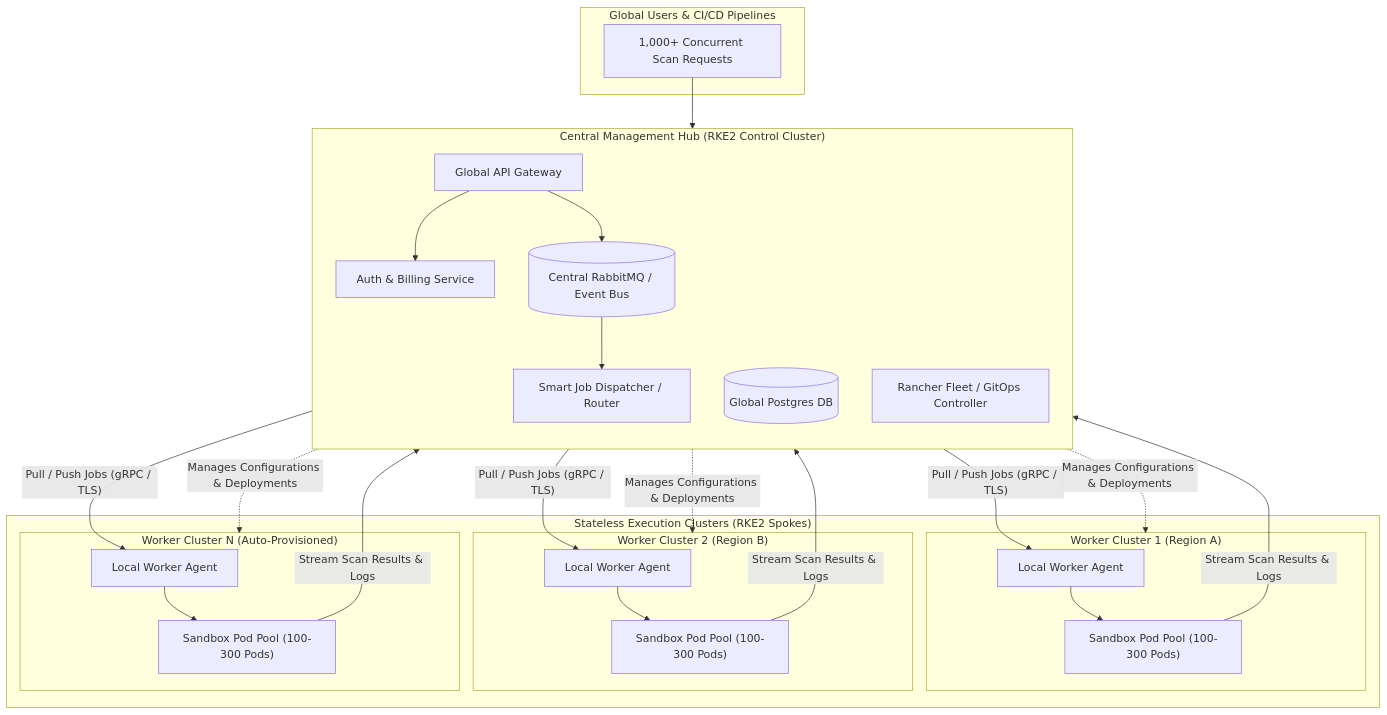
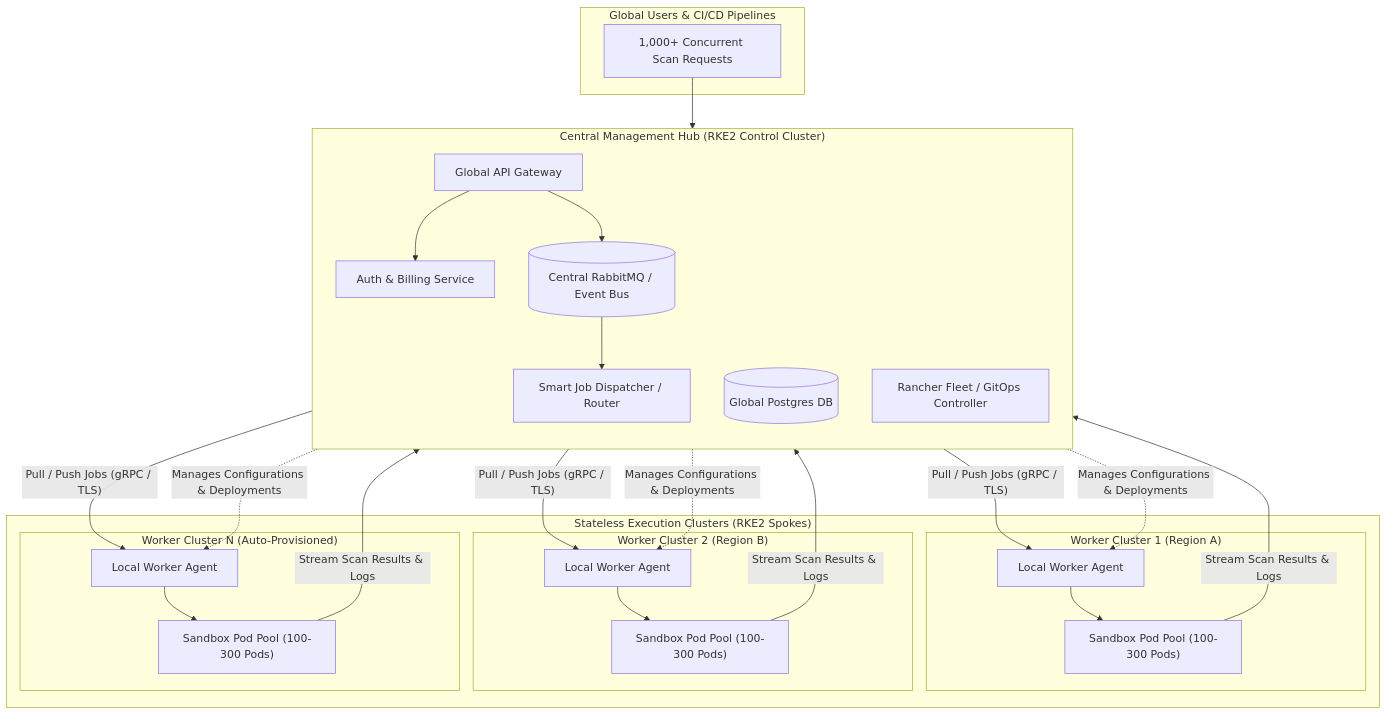
The second of 3 diagrams in docs/multi-cluster.md (01cloud/01-Sandbox), drawn with Mermaid before and after one commit. The commit also changed other lines of this file, not shown here.

Commit message:
fix(docs): fix Mermaid diagram syntax in multi-cluster.md

````diff
--- a/docs/multi-cluster.md
+++ b/docs/multi-cluster.md
@@ -116,54 +121,54 @@
 ```mermaid
 flowchart TD
     subgraph Clients["Global Users & CI/CD Pipelines"]
         Users["1,000+ Concurrent Scan Requests"]
     end
 
-    subgraph Hub ["Central Management Hub (RKE2 Control Cluster)"]
+    subgraph Hub["Central Management Hub (RKE2 Control Cluster)"]
         direction TB
         APIGW["Global API Gateway"]
         Auth["Auth & Billing Service"]
         CentralMQ[("Central RabbitMQ / Event Bus")]
         CentralDB[("Global Postgres DB")]
         Dispatcher["Smart Job Dispatcher / Router"]
         Fleet["Rancher Fleet / GitOps Controller"]
     end
 
-    subgraph ClusterPool ["Stateless Execution Clusters (RKE2 Spokes)"]
-        subgraph Spoke1 ["Worker Cluster 1 (Region A)"]
+    subgraph ClusterPool["Stateless Execution Clusters (RKE2 Spokes)"]
+        subgraph Spoke1["Worker Cluster 1 (Region A)"]
             W1_API["Local Worker Agent"]
             W1_Pods["Sandbox Pod Pool (100-300 Pods)"]
         end
 
-        subgraph Spoke2 ["Worker Cluster 2 (Region B)"]
+        subgraph Spoke2["Worker Cluster 2 (Region B)"]
             W2_API["Local Worker Agent"]
             W2_Pods["Sandbox Pod Pool (100-300 Pods)"]
         end
 
-        subgraph SpokeN ["Worker Cluster N (Auto-Provisioned)"]
+        subgraph SpokeN["Worker Cluster N (Auto-Provisioned)"]
             WN_API["Local Worker Agent"]
             WN_Pods["Sandbox Pod Pool (100-300 Pods)"]
         end
     end
 
     Users --> APIGW
     APIGW --> Auth
     APIGW --> CentralMQ
     CentralMQ --> Dispatcher
 
     Dispatcher -- "Pull / Push Jobs (gRPC / TLS)" --> W1_API
     Dispatcher -- "Pull / Push Jobs (gRPC / TLS)" --> W2_API
     Dispatcher -- "Pull / Push Jobs (gRPC / TLS)" --> WN_API
 
     W1_API --> W1_Pods
     W2_API --> W2_Pods
     WN_API --> WN_Pods
 
     W1_Pods -- "Stream Scan Results & Logs" --> CentralDB
     W2_Pods -- "Stream Scan Results & Logs" --> CentralDB
     WN_Pods -- "Stream Scan Results & Logs" --> CentralDB
 
-    Fleet -. "Manages Configurations & Deployments" .-> Spoke1
-    Fleet -. "Manages Configurations & Deployments" .-> Spoke2
-    Fleet -. "Manages Configurations & Deployments" .-> SpokeN
+    Fleet -. "Manages Configurations & Deployments" .-> W1_API
+    Fleet -. "Manages Configurations & Deployments" .-> W2_API
+    Fleet -. "Manages Configurations & Deployments" .-> WN_API
 ```
````
